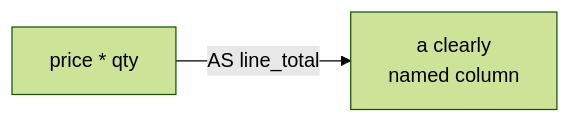
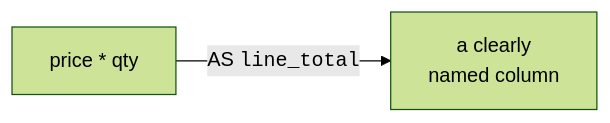
Before and after one commit to dataslope/dataslope: the diagram in content/learn/intro-sql-postgres/expressions-and-aliases.mdx, drawn with Mermaid (forest theme). The commit also changed 46 other files, not shown here.

First line of the commit message:
Wrap code in mermaid edge labels + entity/table names in DB diagrams

````diff
--- a/content/learn/intro-sql-postgres/expressions-and-aliases.mdx
+++ b/content/learn/intro-sql-postgres/expressions-and-aliases.mdx
@@ -52,4 +52,4 @@
 ```mermaid
 flowchart LR
-    E["price * qty"] -->|"AS line_total"| C["a clearly<br/>named column"]
+    E["price * qty"] -->|"AS <code>line_total</code>"| C["a clearly<br/>named column"]
 ```
````
